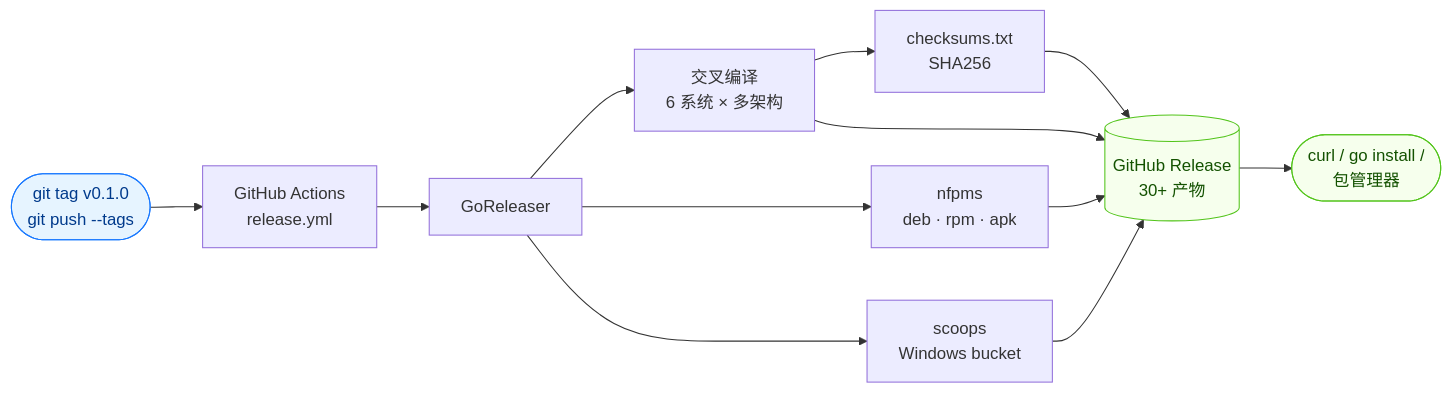
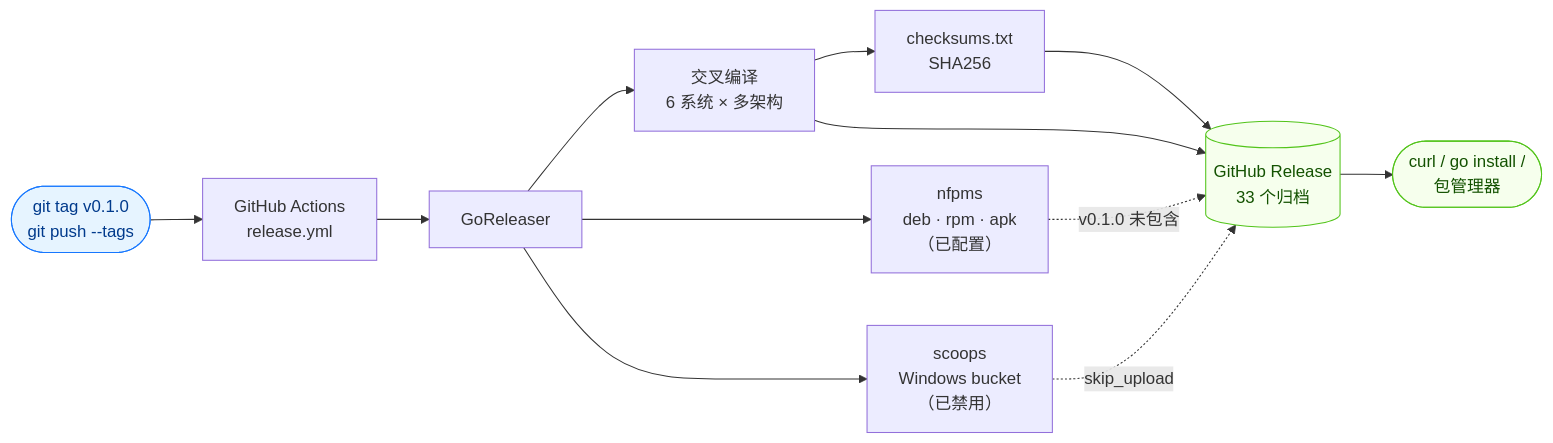
Before and after one commit to scagogogo/cvss-skills: the diagram in website/zh/downloads.md, drawn with Mermaid. The commit also changed other lines of this file and 1 other file, not shown here.

Commit message:
docs: align release-pipeline diagram and mips64le row with actual v0.1.0 assets
Checked the real v0.1.0 GitHub Release assets and found two mismatches
with the docs:

1. The "How Releases Are Built" mermaid diagram showed nfpms (deb/rpm/
   apk) and scoops flowing into the release. But .goreleaser.yml marks
   scoops skip_upload: auto (disabled, no scoop manifest published)
   and v0.1.0 shipped no .deb/.rpm/.apk either — only 33 tar.gz/zip
   archives + checksums.txt. Reworked the diagram to show archives as
   the solid path into the release and nfpms/scoops as dashed
   "not in v0.1.0" / "skip_upload" paths, and corrected "30+ assets"
   to "33 archives".

2. linux_mips64le is configured in .goreleaser.yml and builds locally,
   but the v0.1.0 release has no mips64le archive. Added a footnote
   with a from-source build fallback so users don't hit a silent 404.

Applied to both website/downloads.md and website/zh/downloads.md.

````diff
--- a/website/zh/downloads.md
+++ b/website/zh/downloads.md
@@ -14,19 +14,19 @@
 ```mermaid
 flowchart LR
     Tag(["git tag v0.1.0<br/>git push --tags"]) --> GA["GitHub Actions<br/>release.yml"]
     GA --> GR["GoReleaser"]
     GR --> X1["交叉编译<br/>6 系统 × 多架构"]
-    GR --> X2["nfpms<br/>deb · rpm · apk"]
-    GR --> X3["scoops<br/>Windows bucket"]
+    GR --> X2["nfpms<br/>deb · rpm · apk<br/>（已配置）"]
+    GR --> X3["scoops<br/>Windows bucket<br/>（已禁用）"]
     X1 --> Sum["checksums.txt<br/>SHA256"]
-    X1 --> Rel[("GitHub Release<br/>30+ 产物")]
-    X2 --> Rel
-    X3 --> Rel
+    X1 --> Rel[("GitHub Release<br/>33 个归档")]
+    X2 -.->|"v0.1.0 未包含"| Rel
+    X3 -.->|"skip_upload"| Rel
     Sum --> Rel
     Rel --> DL(["curl / go install /<br/>包管理器"])
 
     classDef trigger fill:#e6f4ff,stroke:#1677ff,color:#003a8c;
     classDef out fill:#f6ffed,stroke:#52c41a,color:#135200;
     class Tag trigger;
     class Rel,DL out;
 ```
````
